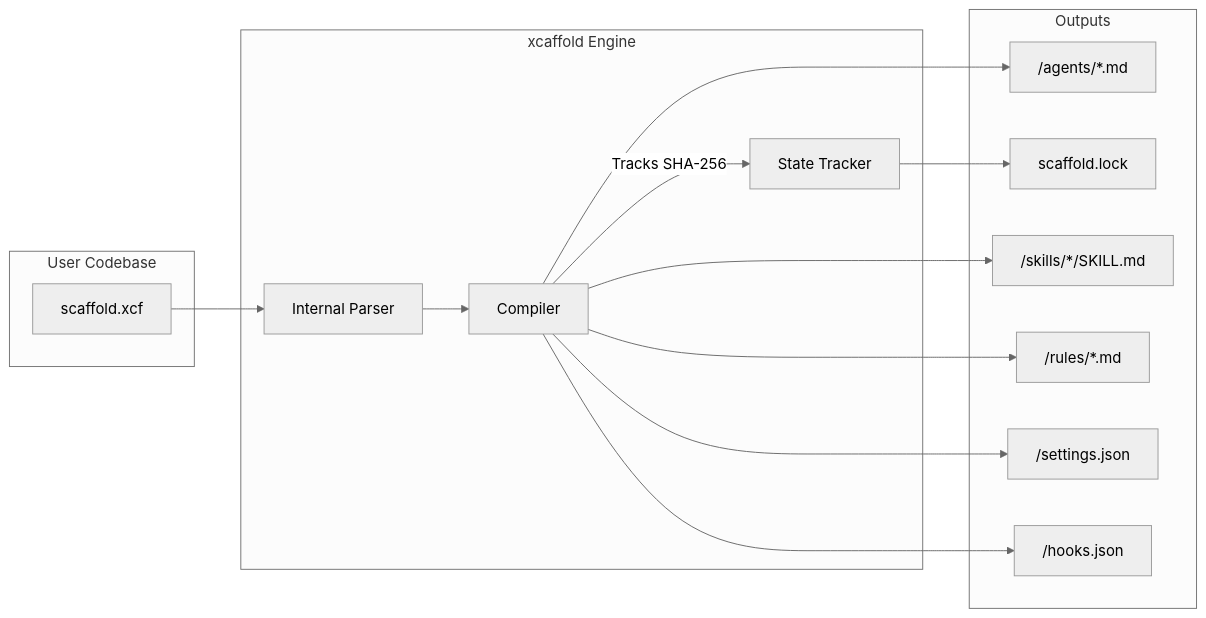
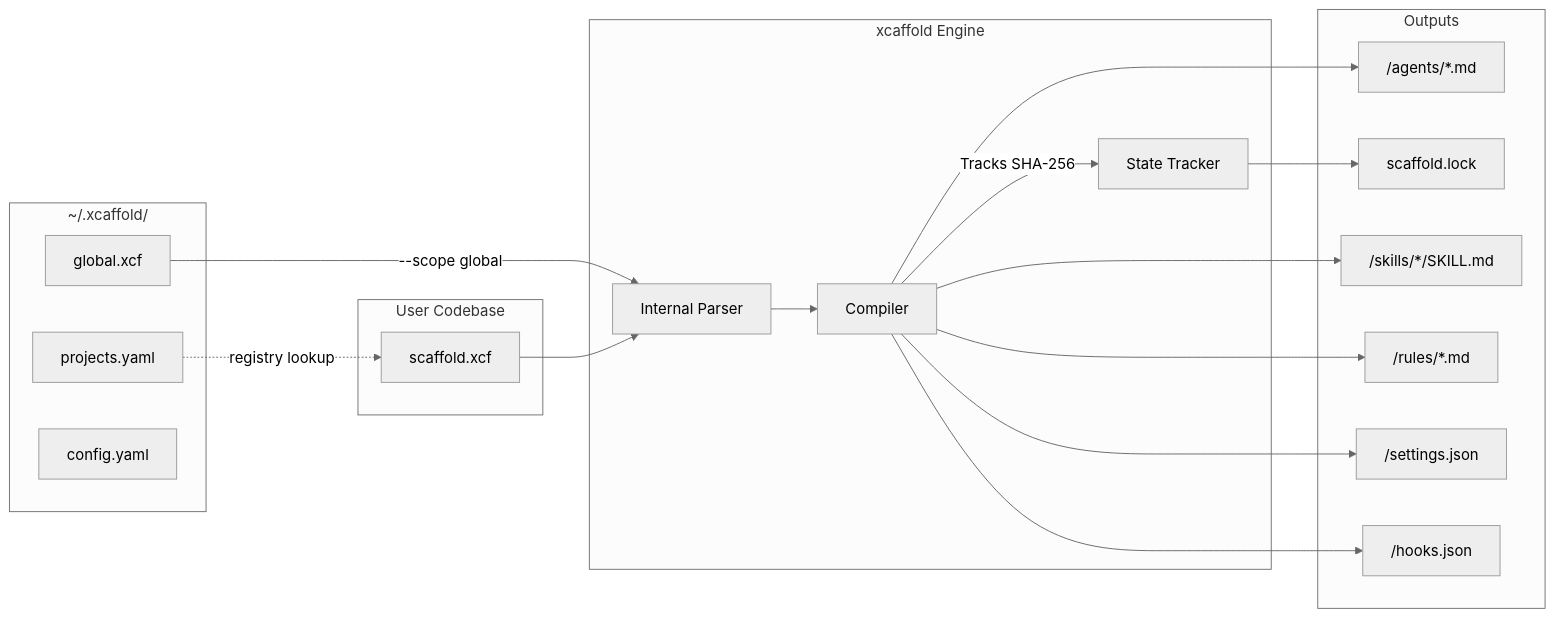
One commit to saero-ai/xcaffold changed the first of 2 diagrams in docs/architecture.md. Above: the diagram before and after it, drawn with Mermaid (neutral theme). The commit also changed other lines of this file and 29 other files, not shown here.

````diff
--- a/docs/architecture.md
+++ b/docs/architecture.md
@@ -7,31 +7,39 @@
 ```mermaid
 graph LR
+  subgraph Global Home ["~/.xcaffold/"]
+    R[projects.yaml]
+    GC[global.xcf]
+    CF[config.yaml]
+  end
+
   subgraph User Codebase
     A[scaffold.xcf]
   end
 
   subgraph xcaffold Engine
     B[Internal Parser]
     C[Compiler]
     D[State Tracker]
   end
 
   subgraph Outputs
     E["<target_dir>/agents/*.md"]
     F["scaffold.lock"]
     G["<target_dir>/skills/*/SKILL.md"]
     H["<target_dir>/rules/*.md"]
     I["<target_dir>/settings.json"]
     J["<target_dir>/hooks.json"]
   end
 
+  R -.->|registry lookup| A
+  GC -->|"--scope global"| B
   A --> B
   B --> C
   C --> E
   C --> G
   C --> H
   C --> I
   C --> J
   C -->|Tracks SHA-256| D
   D --> F
 ```
````
